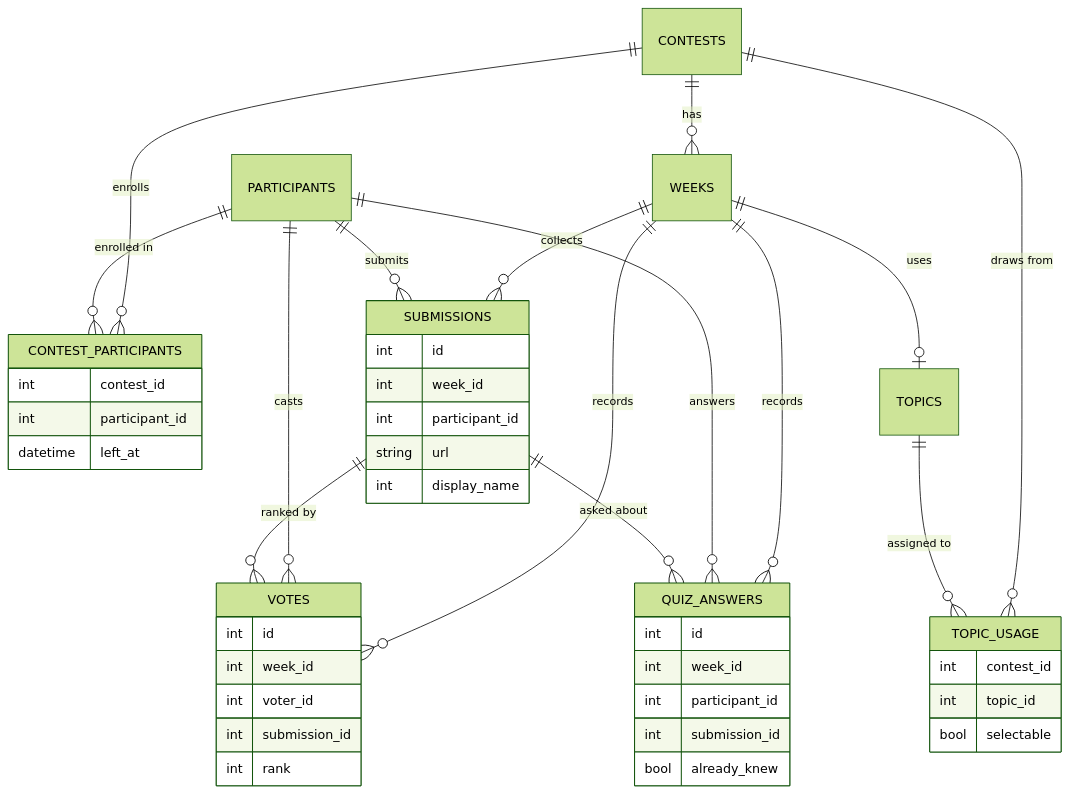
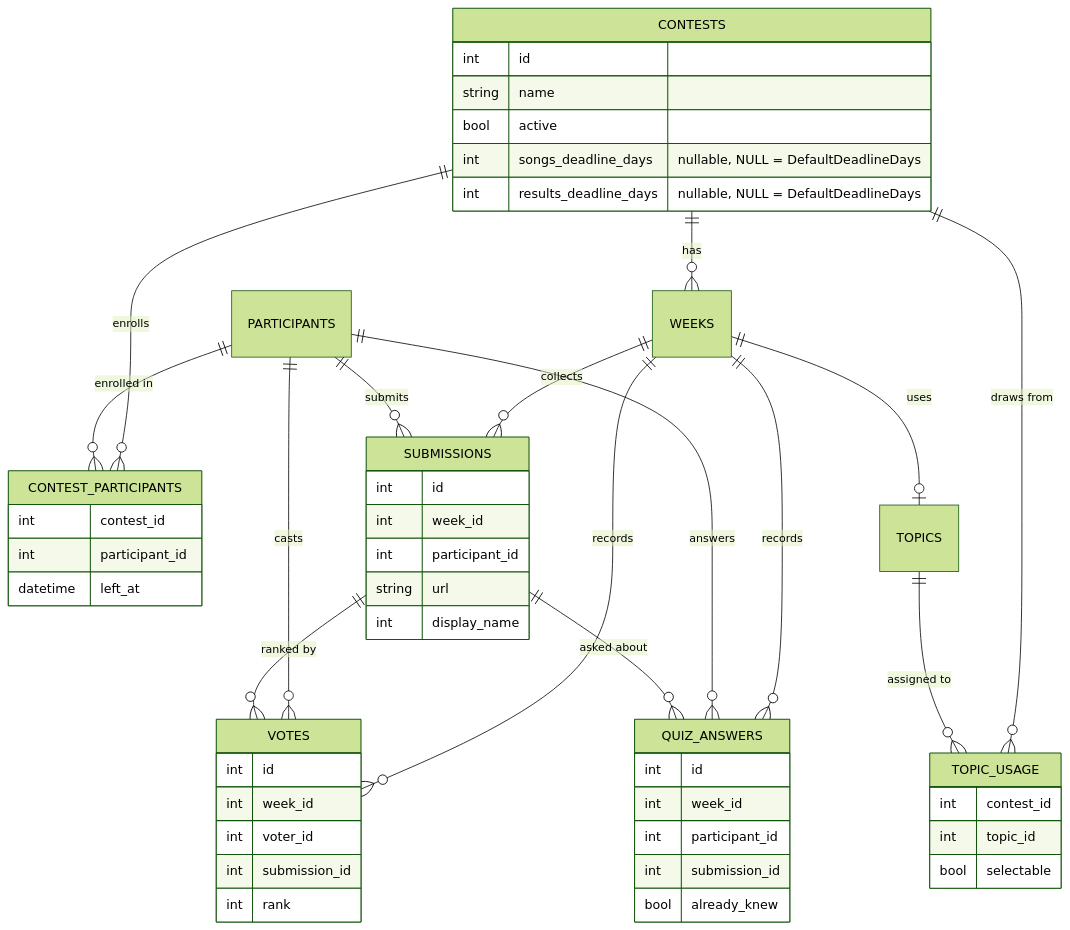
Before and after one commit to cristianat98/Music-Contest-Telegram: the second of 2 diagrams in docs/uml.md, drawn with Mermaid (forest theme). The commit also changed other lines of this file and 1 other file, not shown here.

First line of the commit message:
docs: sync flows and uml with phase-deadline gating

````diff
--- a/docs/uml.md
+++ b/docs/uml.md
@@ -139,49 +145,56 @@
 ```mermaid
 erDiagram
     CONTESTS ||--o{ CONTEST_PARTICIPANTS : enrolls
     PARTICIPANTS ||--o{ CONTEST_PARTICIPANTS : "enrolled in"
     CONTESTS ||--o{ WEEKS : has
     CONTESTS ||--o{ TOPIC_USAGE : "draws from"
     TOPICS ||--o{ TOPIC_USAGE : "assigned to"
     WEEKS ||--o| TOPICS : uses
     WEEKS ||--o{ SUBMISSIONS : collects
     PARTICIPANTS ||--o{ SUBMISSIONS : submits
     WEEKS ||--o{ VOTES : records
     PARTICIPANTS ||--o{ VOTES : casts
     SUBMISSIONS ||--o{ VOTES : "ranked by"
     WEEKS ||--o{ QUIZ_ANSWERS : records
     PARTICIPANTS ||--o{ QUIZ_ANSWERS : answers
     SUBMISSIONS ||--o{ QUIZ_ANSWERS : "asked about"
 
+    CONTESTS {
+        int id
+        string name
+        bool active
+        int songs_deadline_days "nullable, NULL = DefaultDeadlineDays"
+        int results_deadline_days "nullable, NULL = DefaultDeadlineDays"
+    }
     CONTEST_PARTICIPANTS {
         int contest_id
         int participant_id
         datetime left_at
     }
     TOPIC_USAGE {
         int contest_id
         int topic_id
         bool selectable
     }
     SUBMISSIONS {
         int id
         int week_id
         int participant_id
         string url
         int display_name
     }
     VOTES {
         int id
         int week_id
         int voter_id
         int submission_id
         int rank
     }
     QUIZ_ANSWERS {
         int id
         int week_id
         int participant_id
         int submission_id
         bool already_knew
     }
 ```
````
